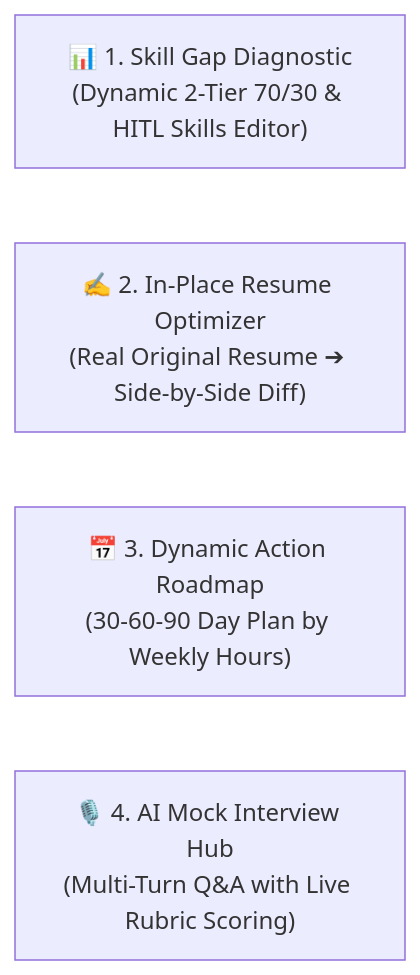
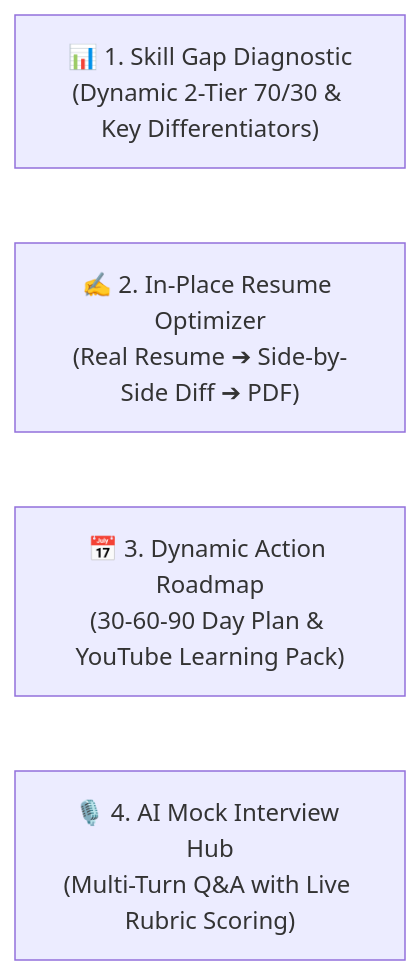
The diagram in README.md (SumaVarshitha/PathCraft-AI), drawn with Mermaid before and after one commit. The commit also changed other lines of this file and 4 other files, not shown here.

Commit message:
implement HITL workflows, dynamic 2-tier gap analysis, multi-turn AI mock interview, and live jobs portal

````diff
--- a/README.md
+++ b/README.md
@@ -27,7 +30,7 @@
 ```mermaid
 flowchart LR
-    H1["📊 1. Skill Gap Diagnostic<br/>(Dynamic 2-Tier 70/30 & HITL Skills Editor)"]
-    H2["✍️ 2. In-Place Resume Optimizer<br/>(Real Original Resume ➔ Side-by-Side Diff)"]
-    H3["📅 3. Dynamic Action Roadmap<br/>(30-60-90 Day Plan by Weekly Hours)"]
+    H1["📊 1. Skill Gap Diagnostic<br/>(Dynamic 2-Tier 70/30 & Key Differentiators)"]
+    H2["✍️ 2. In-Place Resume Optimizer<br/>(Real Resume ➔ Side-by-Side Diff ➔ PDF)"]
+    H3["📅 3. Dynamic Action Roadmap<br/>(30-60-90 Day Plan & YouTube Learning Pack)"]
     H4["🎙️ 4. AI Mock Interview Hub<br/>(Multi-Turn Q&A with Live Rubric Scoring)"]
 ```
````
